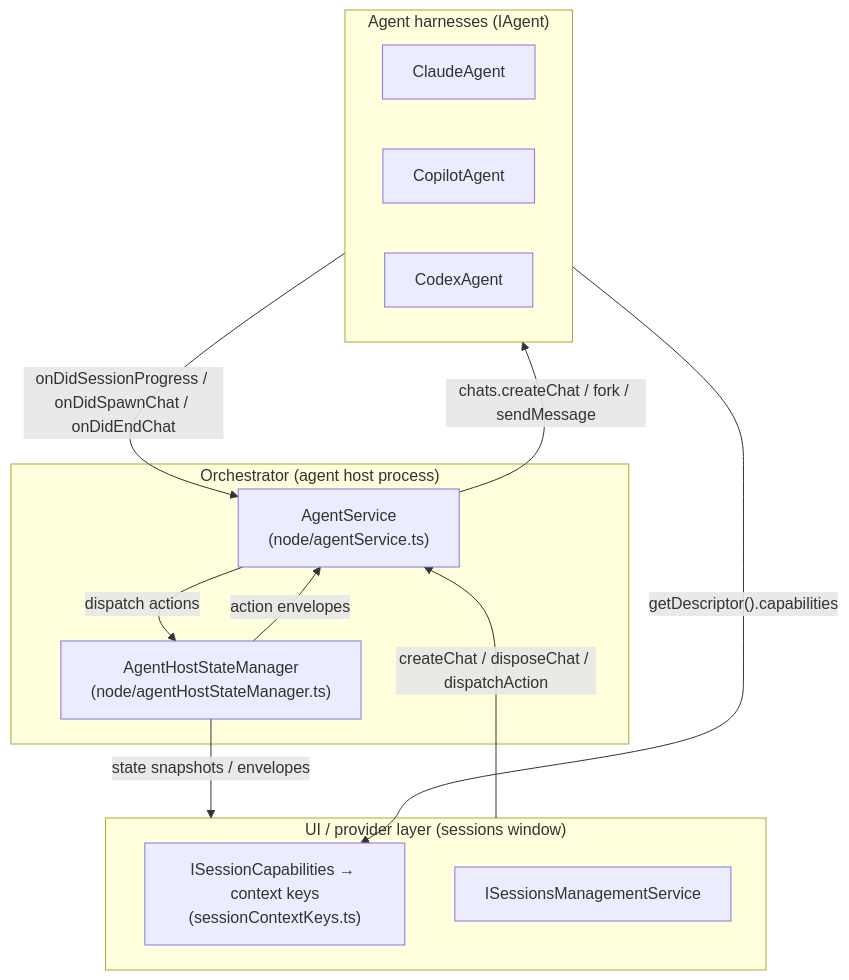
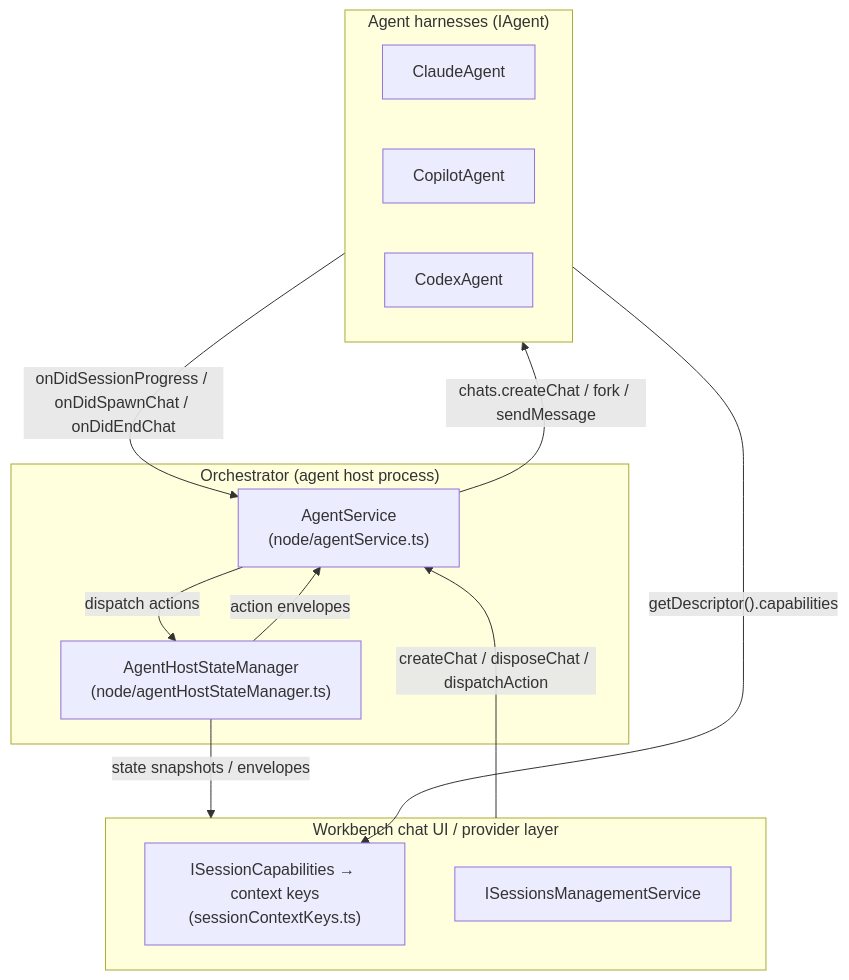
The first of 6 diagrams in src/dc/platform/agentHost/MULTI_CHAT_ARCHITECTURE.md (Dardcor/Dardcor-Code), drawn with Mermaid before and after one commit. The commit also changed 1635 other files, not shown here.

````diff
--- a/src/dc/platform/agentHost/MULTI_CHAT_ARCHITECTURE.md
+++ b/src/dc/platform/agentHost/MULTI_CHAT_ARCHITECTURE.md
@@ -48,26 +48,26 @@
 ```mermaid
 graph TB
-    subgraph UI["UI / provider layer (sessions window)"]
+    subgraph UI["Workbench chat UI / provider layer"]
         caps["ISessionCapabilities → context keys<br/>(sessionContextKeys.ts)"]
         smgt["ISessionsManagementService"]
     end
 
     subgraph Orch["Orchestrator (agent host process)"]
         svc["AgentService<br/>(node/agentService.ts)"]
         stm["AgentHostStateManager<br/>(node/agentHostStateManager.ts)"]
         svc -->|dispatch actions| stm
         stm -->|action envelopes| svc
     end
 
     subgraph Agents["Agent harnesses (IAgent)"]
         claude["ClaudeAgent"]
         copilot["CopilotAgent"]
         codex["CodexAgent"]
     end
 
     UI -->|"createChat / disposeChat / dispatchAction"| svc
     svc -->|"chats.createChat / fork / sendMessage"| Agents
     Agents -->|"onDidSessionProgress / onDidSpawnChat / onDidEndChat"| svc
     stm -->|state snapshots / envelopes| UI
     Agents -->|"getDescriptor().capabilities"| caps
 ```
````
